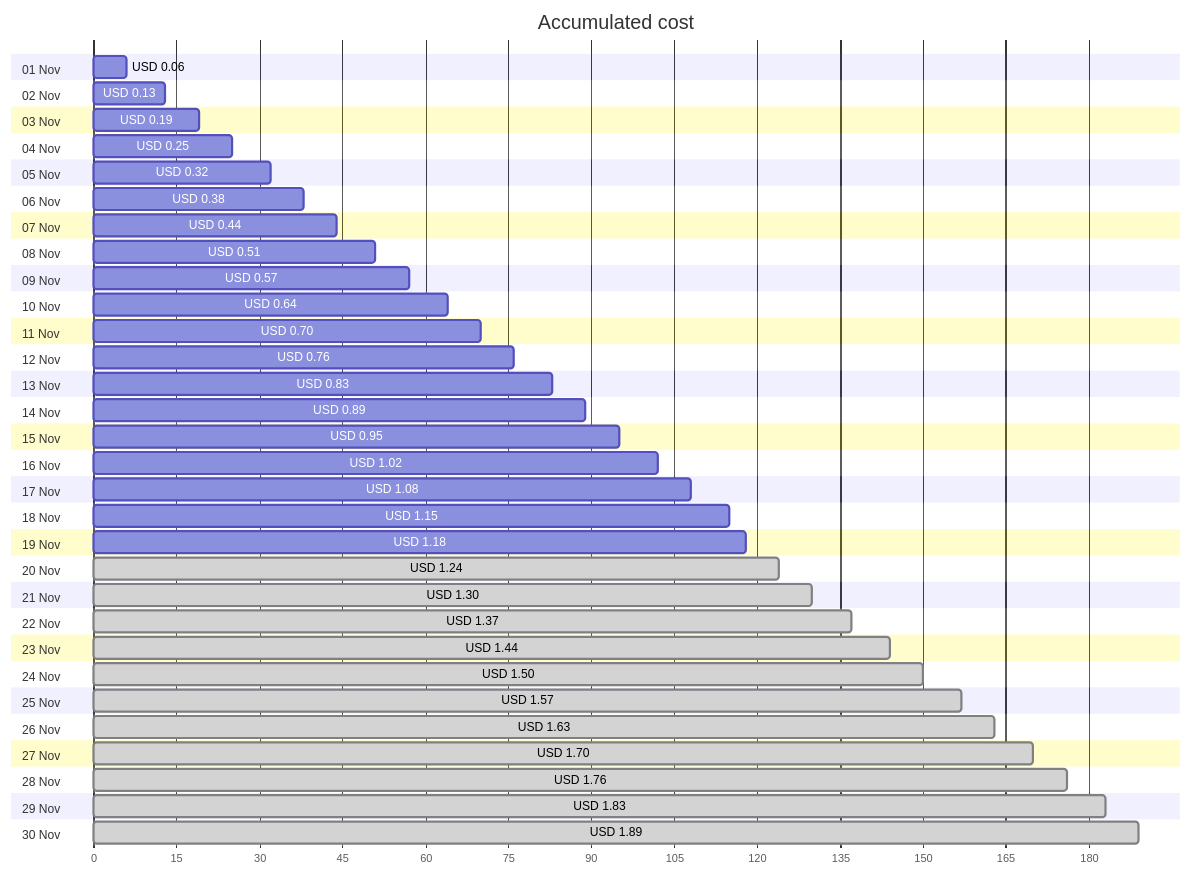
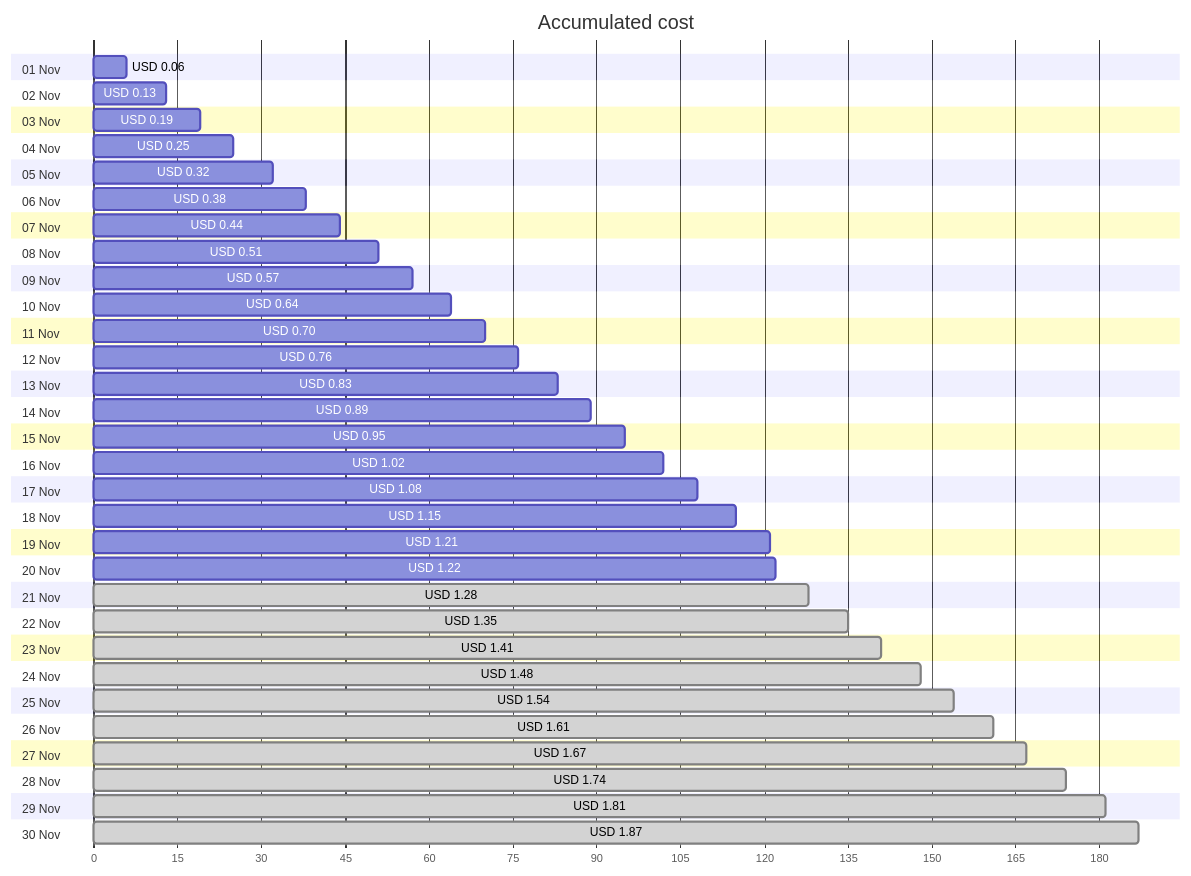
One commit to jpfulton/azure-personal-reports changed the first of 4 diagrams in cost-reports/personal-network/vpn-server_OsDisk.md. Above: the diagram before and after it, drawn with Mermaid. The commit also changed other lines of this file and 8 other files, not shown here.

````diff
--- a/cost-reports/personal-network/vpn-server_OsDisk.md
+++ b/cost-reports/personal-network/vpn-server_OsDisk.md
@@ -20,66 +20,66 @@
 ```mermaid
 gantt
    title Accumulated cost
    dateFormat  X
    axisFormat %s
    section 01 Nov
    USD 0.06 :0, 6
    section 02 Nov
    USD 0.13 :0, 13
    section 03 Nov
    USD 0.19 :0, 19
    section 04 Nov
    USD 0.25 :0, 25
    section 05 Nov
    USD 0.32 :0, 32
    section 06 Nov
    USD 0.38 :0, 38
    section 07 Nov
    USD 0.44 :0, 44
    section 08 Nov
    USD 0.51 :0, 51
    section 09 Nov
    USD 0.57 :0, 57
    section 10 Nov
    USD 0.64 :0, 64
    section 11 Nov
    USD 0.70 :0, 70
    section 12 Nov
    USD 0.76 :0, 76
    section 13 Nov
    USD 0.83 :0, 83
    section 14 Nov
    USD 0.89 :0, 89
    section 15 Nov
    USD 0.95 :0, 95
    section 16 Nov
    USD 1.02 :0, 102
    section 17 Nov
    USD 1.08 :0, 108
    section 18 Nov
    USD 1.15 :0, 115
    section 19 Nov
-   USD 1.18 :0, 118
+   USD 1.21 :0, 121
    section 20 Nov
-   USD 1.24 : done, 0, 124
+   USD 1.22 :0, 122
    section 21 Nov
-   USD 1.30 : done, 0, 130
+   USD 1.28 : done, 0, 128
    section 22 Nov
-   USD 1.37 : done, 0, 137
+   USD 1.35 : done, 0, 135
    section 23 Nov
-   USD 1.44 : done, 0, 144
+   USD 1.41 : done, 0, 141
    section 24 Nov
-   USD 1.50 : done, 0, 150
+   USD 1.48 : done, 0, 148
    section 25 Nov
-   USD 1.57 : done, 0, 157
+   USD 1.54 : done, 0, 154
    section 26 Nov
-   USD 1.63 : done, 0, 163
+   USD 1.61 : done, 0, 161
    section 27 Nov
-   USD 1.70 : done, 0, 170
+   USD 1.67 : done, 0, 167
    section 28 Nov
-   USD 1.76 : done, 0, 176
+   USD 1.74 : done, 0, 174
    section 29 Nov
-   USD 1.83 : done, 0, 183
+   USD 1.81 : done, 0, 181
    section 30 Nov
-   USD 1.89 : done, 0, 189
+   USD 1.87 : done, 0, 187
 ```
````
